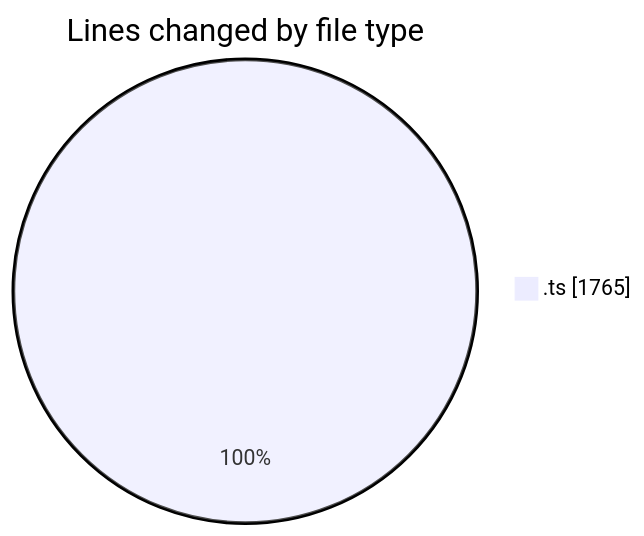
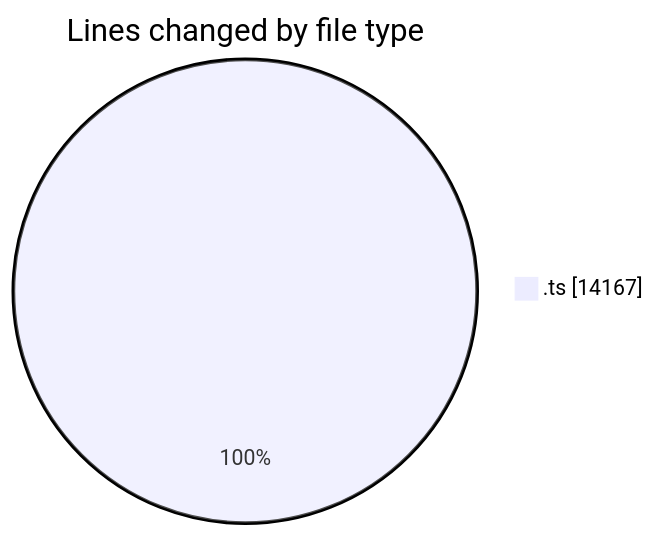
Before and after one commit to momahboobian/code-tracking: the first of 2 diagrams in 2025-08-22/cda/README.md, drawn with Mermaid. The commit also changed other lines of this file and 1 other file, not shown here.

````diff
--- a/2025-08-22/cda/README.md
+++ b/2025-08-22/cda/README.md
@@ -22,5 +23,5 @@
 ```mermaid
 pie showData
 title Lines changed by file type
-".ts" : 1765
+".ts" : 14167
 ```
````
